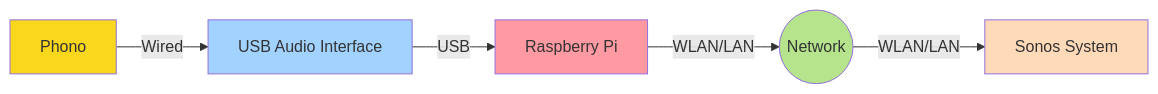
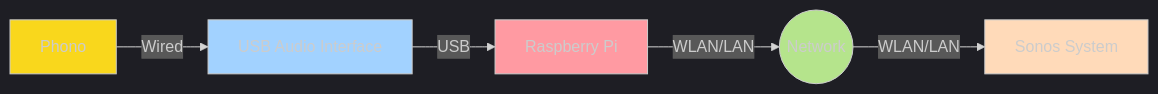
The diagram in README.md (StStME/phonos), drawn with Mermaid before and after one commit. The commit also changed other lines of this file, not shown here.

Commit message:
fix typo and try dark theme on mermaid chart

````diff
--- a/README.md
+++ b/README.md
@@ -10,13 +10,14 @@
 ```mermaid
-flowchart LR
+%%{init: {'theme':'dark'}}%%
+ flowchart LR
     Phono[Phono] -->|Wired| USBAudio[USB Audio Interface]
     USBAudio -->|USB| RaspberryPi[Raspberry Pi]
     RaspberryPi -->|WLAN/LAN| Network((Network))
     Network -->|WLAN/LAN| Sonos[Sonos System]
 
     style Phono fill:#f9d71c
     style USBAudio fill:#a2d2ff
     style RaspberryPi fill:#ff9aa2
     style Network fill:#b5e48c
     style Sonos fill:#ffdab9
 ```
````
